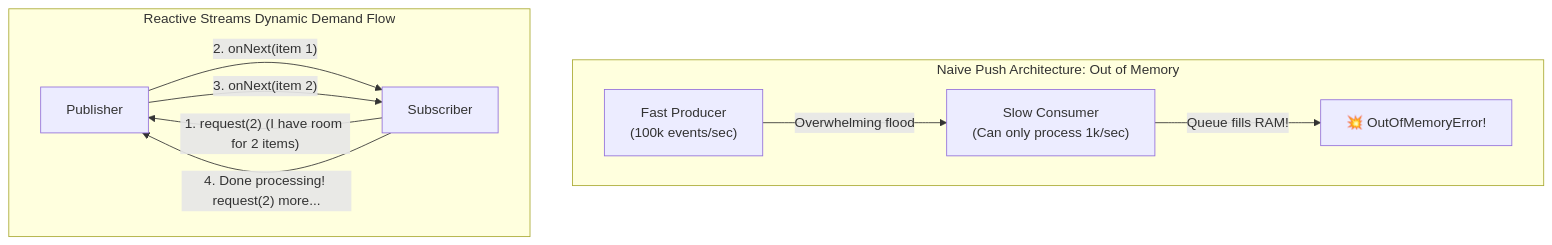
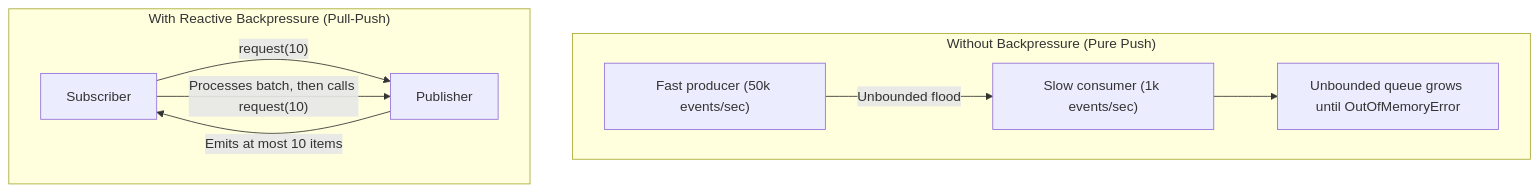
Before and after one commit to ravishankar2463/java_hub: the second of 3 diagrams in content/roadmap/level-4/reactive-programming-basics.md, drawn with Mermaid. The commit also changed other lines of this file and 119 other files, not shown here.

Commit message:
feat: add comprehensive java learning roadmap content across multiple levels

````diff
--- a/content/roadmap/level-4/reactive-programming-basics.md
+++ b/content/roadmap/level-4/reactive-programming-basics.md
@@ -99,16 +105,13 @@
 ```mermaid
 flowchart TD
-    subgraph PushDisaster ["Naive Push Architecture: Out of Memory"]
-        FastProd["Fast Producer<br/>(100k events/sec)"] -->|"Overwhelming flood"| SlowCons["Slow Consumer<br/>(Can only process 1k/sec)"]
-        SlowCons -->|"Queue fills RAM!"| Crash["💥 OutOfMemoryError!"]
+    subgraph push ["Without Backpressure (Pure Push)"]
+        p1["Fast producer (50k events/sec)"] -->|"Unbounded flood"| c1["Slow consumer (1k events/sec)"]
+        c1 --> oom["Unbounded queue grows until OutOfMemoryError"]
     end
 
-    subgraph ReactiveBackpressure ["Reactive Streams Dynamic Demand Flow"]
-        Prod["Publisher"]
-        Cons["Subscriber"]
-        Cons -->|"1. request(2) (I have room for 2 items)"| Prod
-        Prod -->|"2. onNext(item 1)"| Cons
-        Prod -->|"3. onNext(item 2)"| Cons
-        Cons -->|"4. Done processing! request(2) more..."| Prod
+    subgraph bp ["With Reactive Backpressure (Pull-Push)"]
+        c2["Subscriber"] -->|"request(10)"| p2["Publisher"]
+        p2 -->|"Emits at most 10 items"| c2
+        c2 -->|"Processes batch, then calls request(10)"| p2
     end
 ```
````
